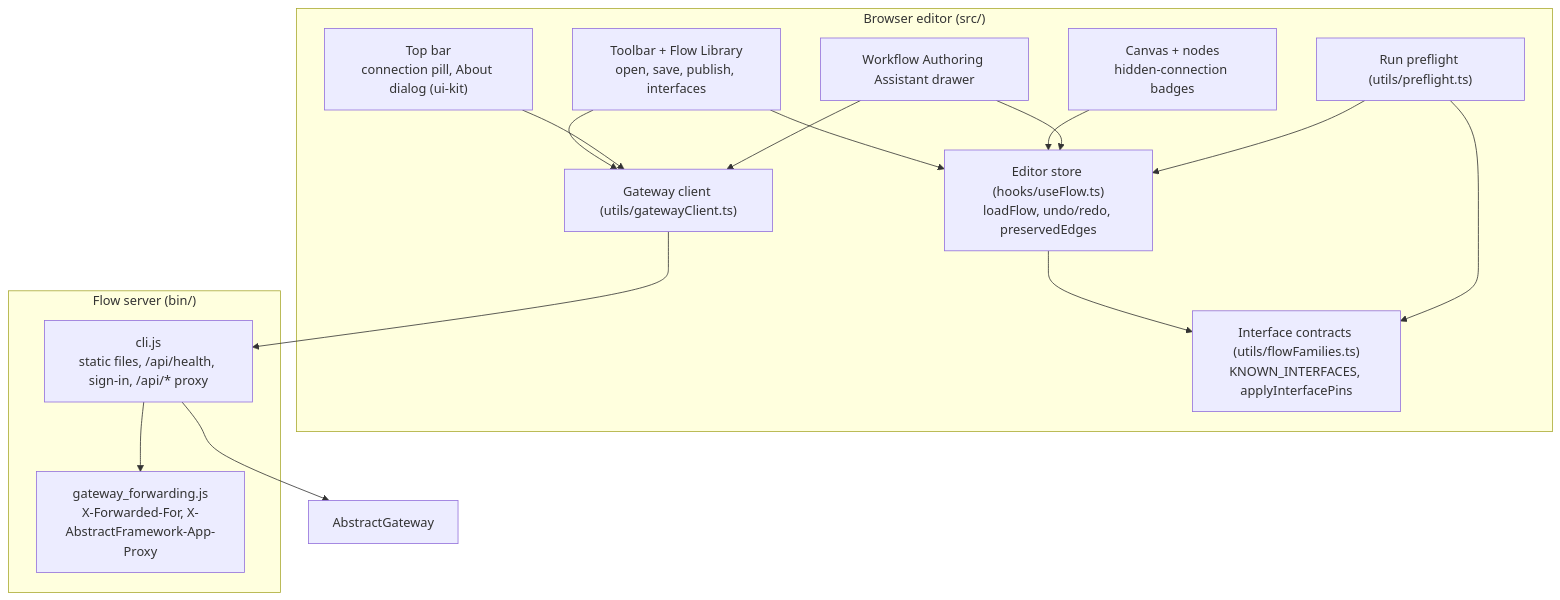
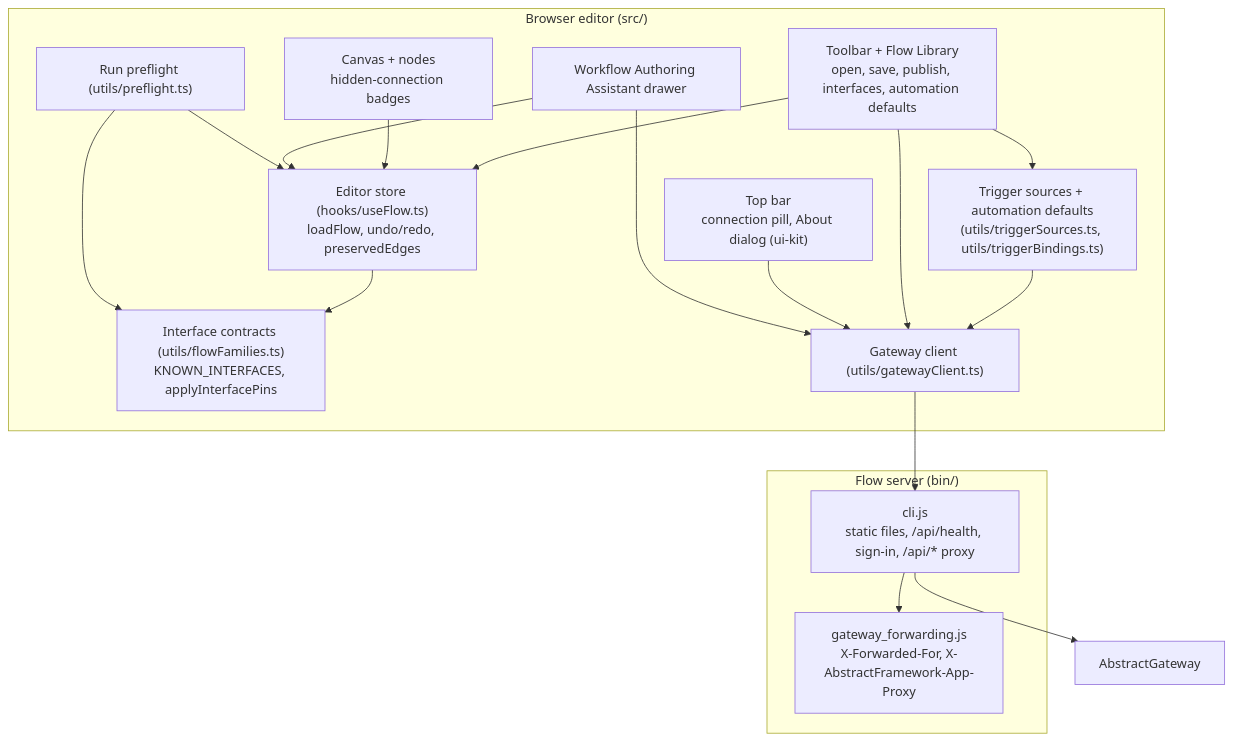
The second of 4 diagrams in docs/architecture.md (lpalbou/AbstractFlow), drawn with Mermaid before and after one commit. The commit also changed other lines of this file and 12 other files, not shown here.

Commit message:
docs: automation defaults and trigger-source discovery

````diff
--- a/docs/architecture.md
+++ b/docs/architecture.md
@@ -56,31 +56,34 @@
 ```mermaid
 flowchart TB
   subgraph Browser["Browser editor (src/)"]
     TopBar["Top bar<br/>connection pill, About dialog (ui-kit)"]
-    Toolbar["Toolbar + Flow Library<br/>open, save, publish, interfaces"]
+    Toolbar["Toolbar + Flow Library<br/>open, save, publish, interfaces, automation defaults"]
     Canvas["Canvas + nodes<br/>hidden-connection badges"]
     Store["Editor store (hooks/useFlow.ts)<br/>loadFlow, undo/redo, preservedEdges"]
     Interfaces["Interface contracts (utils/flowFamilies.ts)<br/>KNOWN_INTERFACES, applyInterfacePins"]
     Preflight["Run preflight (utils/preflight.ts)"]
+    Triggers["Trigger sources + automation defaults<br/>(utils/triggerSources.ts, utils/triggerBindings.ts)"]
     Assistant["Workflow Authoring Assistant drawer"]
     Client["Gateway client (utils/gatewayClient.ts)"]
   end
   subgraph Server["Flow server (bin/)"]
     Cli["cli.js<br/>static files, /api/health, sign-in, /api/* proxy"]
     Fwd["gateway_forwarding.js<br/>X-Forwarded-For, X-AbstractFramework-App-Proxy"]
   end
   Gateway[AbstractGateway]
 
   Toolbar --> Store
   Canvas --> Store
   Assistant --> Store
   Store --> Interfaces
   Preflight --> Interfaces
   Preflight --> Store
+  Toolbar --> Triggers
+  Triggers --> Client
   Toolbar --> Client
   TopBar --> Client
   Assistant --> Client
   Client --> Cli
   Cli --> Fwd
   Cli --> Gateway
 ```
````
